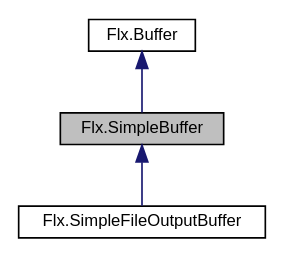
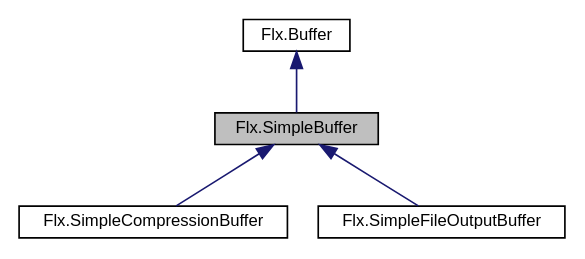
One commit to toem/flux changed the diagram in python/doc/classFlx_1_1SimpleBuffer__inherit__graph.dot. Above: the diagram before and after it, drawn with Graphviz. The commit also changed 176 other files, not shown here.

```diff
--- a/python/doc/classFlx_1_1SimpleBuffer__inherit__graph.dot
+++ b/python/doc/classFlx_1_1SimpleBuffer__inherit__graph.dot
@@ -1,11 +1,13 @@
 digraph "Flx.SimpleBuffer"
 {
  // LATEX_PDF_SIZE
   edge [fontname="Helvetica",fontsize="10",labelfontname="Helvetica",labelfontsize="10"];
   node [fontname="Helvetica",fontsize="10",shape=record];
   Node1 [label="Flx.SimpleBuffer",height=0.2,width=0.4,color="black", fillcolor="grey75", style="filled", fontcolor="black",tooltip=" "];
   Node2 -> Node1 [dir="back",color="midnightblue",fontsize="10",style="solid",fontname="Helvetica"];
   Node2 [label="Flx.Buffer",height=0.2,width=0.4,color="black", fillcolor="white", style="filled",URL="$classFlx_1_1Buffer.html",tooltip=" "];
   Node1 -> Node3 [dir="back",color="midnightblue",fontsize="10",style="solid",fontname="Helvetica"];
-  Node3 [label="Flx.SimpleFileOutputBuffer",height=0.2,width=0.4,color="black", fillcolor="white", style="filled",URL="$classFlx_1_1SimpleFileOutputBuffer.html",tooltip=" "];
+  Node3 [label="Flx.SimpleCompressionBuffer",height=0.2,width=0.4,color="black", fillcolor="white", style="filled",URL="$classFlx_1_1SimpleCompressionBuffer.html",tooltip=" "];
+  Node1 -> Node4 [dir="back",color="midnightblue",fontsize="10",style="solid",fontname="Helvetica"];
+  Node4 [label="Flx.SimpleFileOutputBuffer",height=0.2,width=0.4,color="black", fillcolor="white", style="filled",URL="$classFlx_1_1SimpleFileOutputBuffer.html",tooltip=" "];
 }
```
